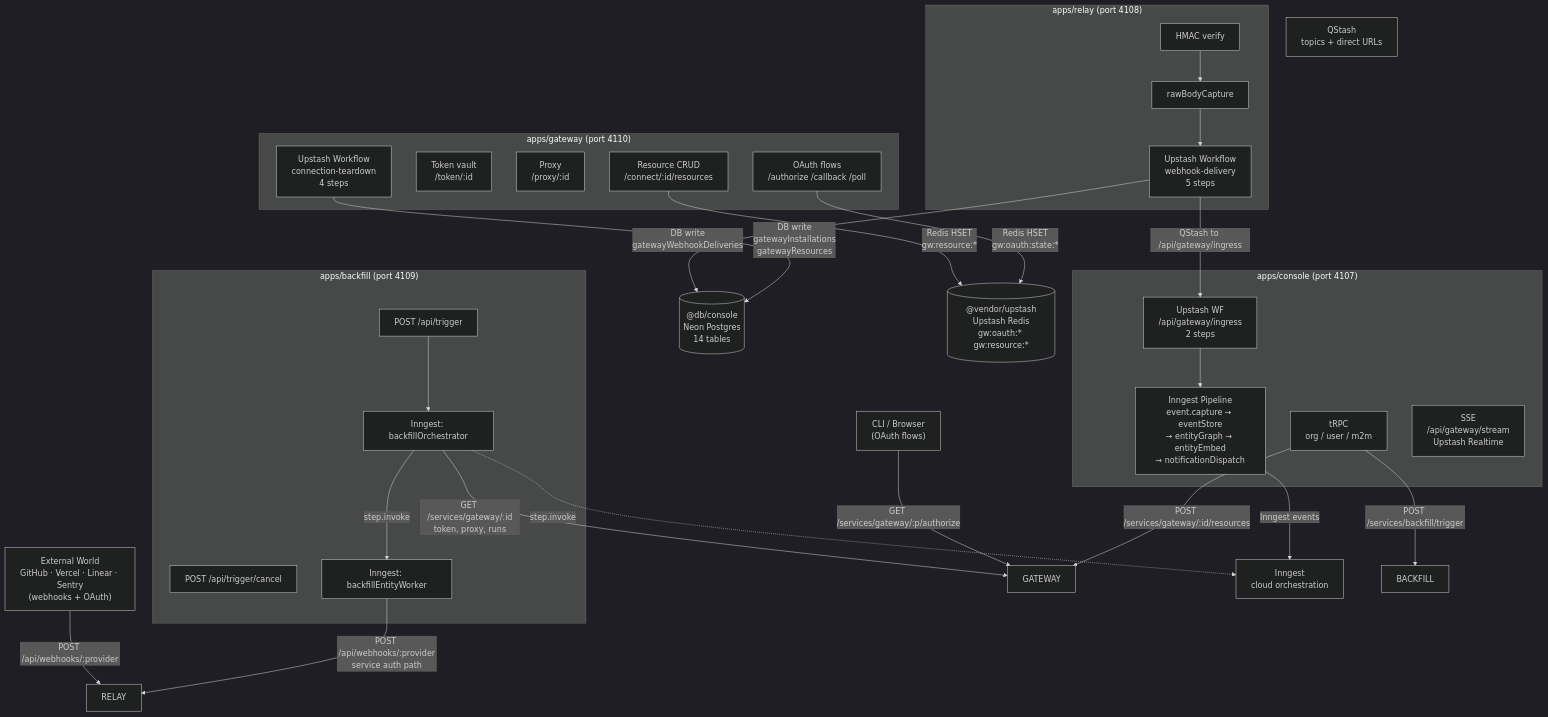
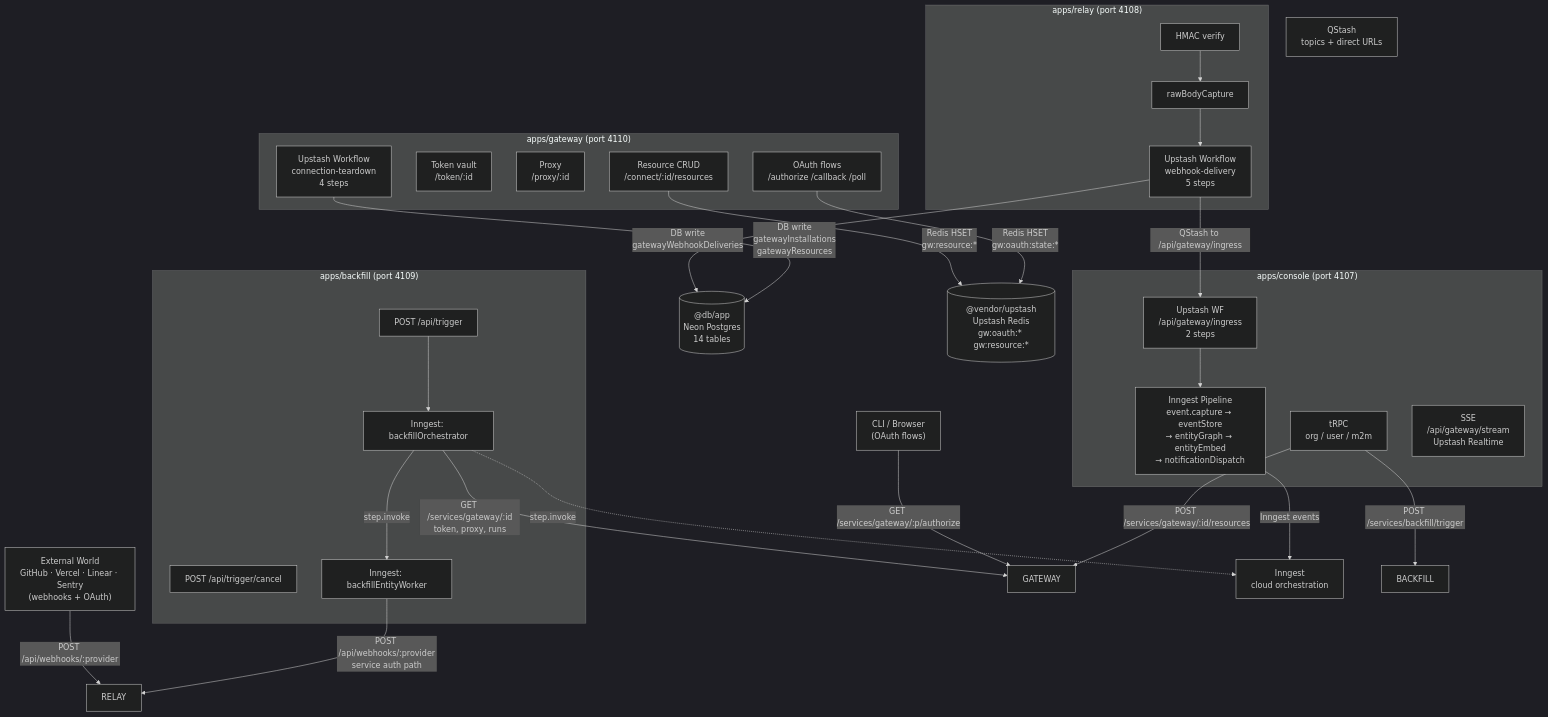
Before and after one commit to lightfastai/lightfast: the first of 17 diagrams in thoughts/shared/research/2026-03-18-low-level-redesign-architecture.md, drawn with Mermaid (dark theme). The commit also changed other lines of this file and 49 other files, not shown here.

````diff
--- a/thoughts/shared/research/2026-03-18-low-level-redesign-architecture.md
+++ b/thoughts/shared/research/2026-03-18-low-level-redesign-architecture.md
@@ -33,57 +33,57 @@
 ```mermaid
 flowchart TD
     EXT["External World\nGitHub · Vercel · Linear · Sentry\n(webhooks + OAuth)"]
     CLI["CLI / Browser\n(OAuth flows)"]
 
     EXT -->|"POST /api/webhooks/:provider"| RELAY
     CLI -->|"GET /services/gateway/:p/authorize"| GATEWAY
 
     subgraph relay["apps/relay  (port 4108)"]
         R1["HMAC verify"]
         R2["rawBodyCapture"]
         R3["Upstash Workflow\nwebhook-delivery\n5 steps"]
         R1 --> R2 --> R3
     end
 
     subgraph gateway["apps/gateway  (port 4110)"]
         G1["OAuth flows\n/authorize /callback /poll"]
         G2["Token vault\n/token/:id"]
         G3["Proxy\n/proxy/:id"]
         G4["Resource CRUD\n/connect/:id/resources"]
         G5["Upstash Workflow\nconnection-teardown\n4 steps"]
     end
 
     subgraph backfill["apps/backfill  (port 4109)"]
         B1["POST /api/trigger"]
         B2["POST /api/trigger/cancel"]
         B3["Inngest: backfillOrchestrator"]
         B4["Inngest: backfillEntityWorker"]
         B1 --> B3
         B3 -->|"step.invoke"| B4
     end
 
     subgraph console["apps/console  (port 4107)"]
         C1["Upstash WF\n/api/gateway/ingress\n2 steps"]
         C2["Inngest Pipeline\nevent.capture → eventStore\n→ entityGraph → entityEmbed\n→ notificationDispatch"]
         C3["tRPC\norg / user / m2m"]
         C4["SSE\n/api/gateway/stream\nUpstash Realtime"]
         C1 --> C2
     end
 
-    DB[("@db/console\nNeon Postgres\n14 tables")]
+    DB[("@db/app\nNeon Postgres\n14 tables")]
     REDIS[("@vendor/upstash\nUpstash Redis\ngw:oauth:* gw:resource:*")]
     QSTASH["QStash\ntopics + direct URLs"]
     INNGEST["Inngest\ncloud orchestration"]
 
     R3 -->|"QStash to /api/gateway/ingress"| C1
     R3 -->|"DB write\ngatewayWebhookDeliveries"| DB
     G5 -->|"DB write\ngatewayInstallations\ngatewayResources"| DB
     G4 -->|"Redis HSET\ngw:resource:*"| REDIS
     G1 -->|"Redis HSET\ngw:oauth:state:*"| REDIS
     B4 -->|"POST /api/webhooks/:provider\nservice auth path"| RELAY
     B3 -->|"GET /services/gateway/:id\ntoken, proxy, runs"| GATEWAY
     C3 -->|"POST /services/gateway/:id/resources"| GATEWAY
     C3 -->|"POST /services/backfill/trigger"| BACKFILL
     C2 -->|"Inngest events"| INNGEST
     B3 -.->|"step.invoke"| INNGEST
 ```
````
